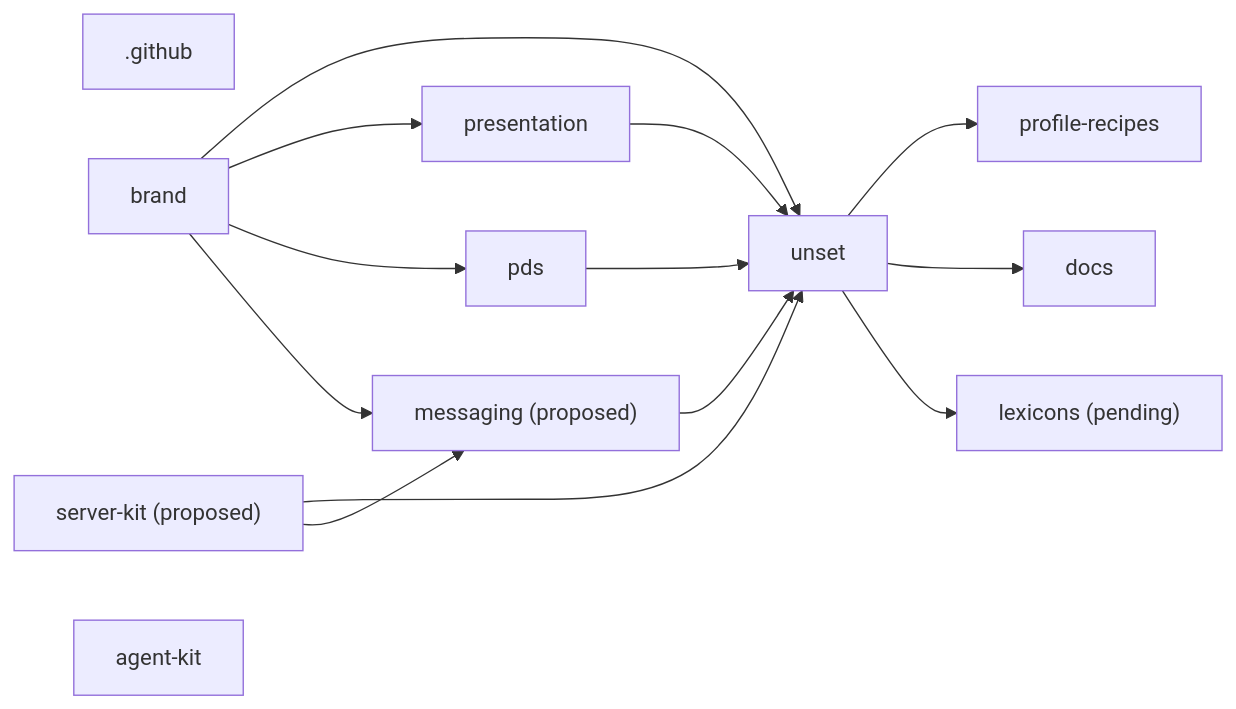
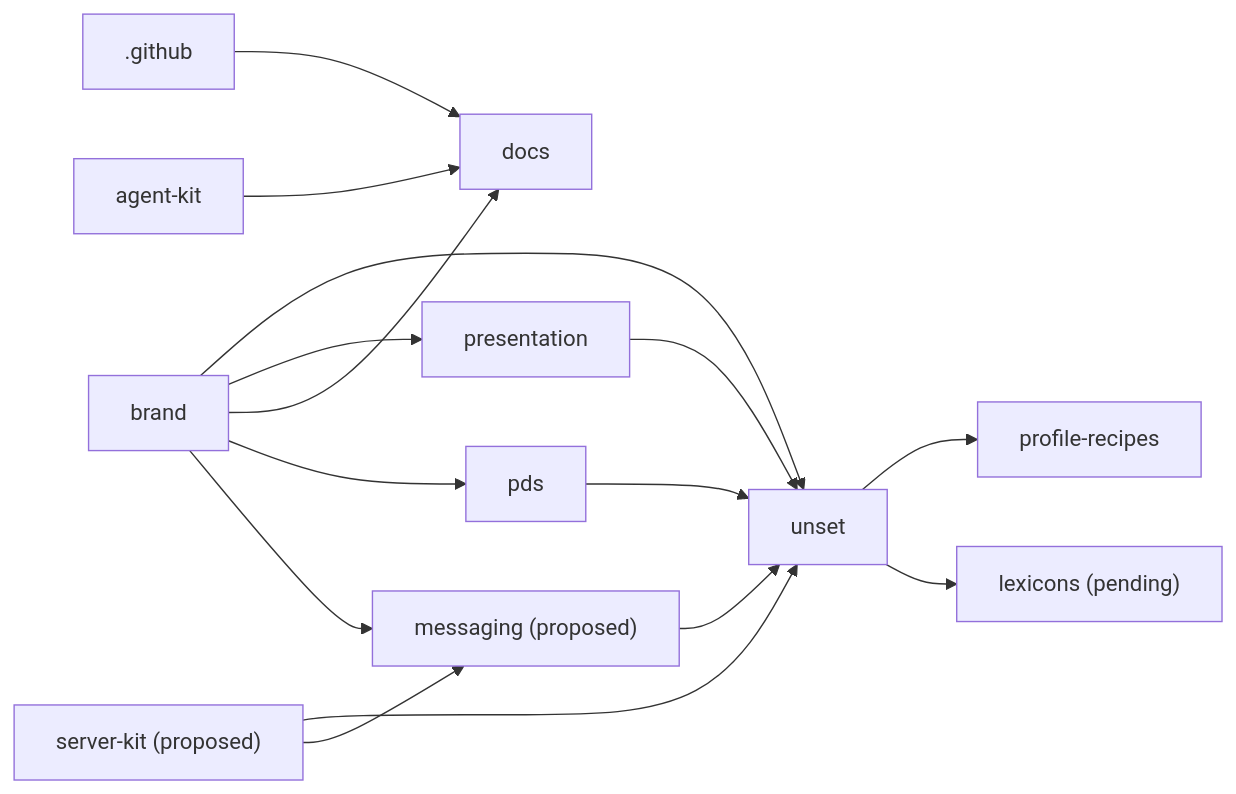
The diagram in MAP.md (unset-sh/.github), drawn with Mermaid before and after one commit. The commit also changed other lines of this file and 2 other files, not shown here.

````diff
--- a/MAP.md
+++ b/MAP.md
@@ -31,26 +31,28 @@
 ```mermaid
 flowchart LR
   r_unset["unset"]
   r__github[".github"]
   r_brand["brand"]
   r_presentation["presentation"]
   r_profile_recipes["profile-recipes"]
   r_docs["docs"]
   r_pds["pds"]
   r_lexicons["lexicons (pending)"]
   r_messaging["messaging (proposed)"]
   r_server_kit["server-kit (proposed)"]
   r_agent_kit["agent-kit"]
   r_brand --> r_unset
   r_presentation --> r_unset
   r_messaging --> r_unset
   r_server_kit --> r_unset
   r_pds --> r_unset
   r_brand --> r_presentation
   r_unset --> r_profile_recipes
-  r_unset --> r_docs
+  r_brand --> r_docs
+  r__github --> r_docs
+  r_agent_kit --> r_docs
   r_brand --> r_pds
   r_unset --> r_lexicons
   r_brand --> r_messaging
   r_server_kit --> r_messaging
 ```
````
